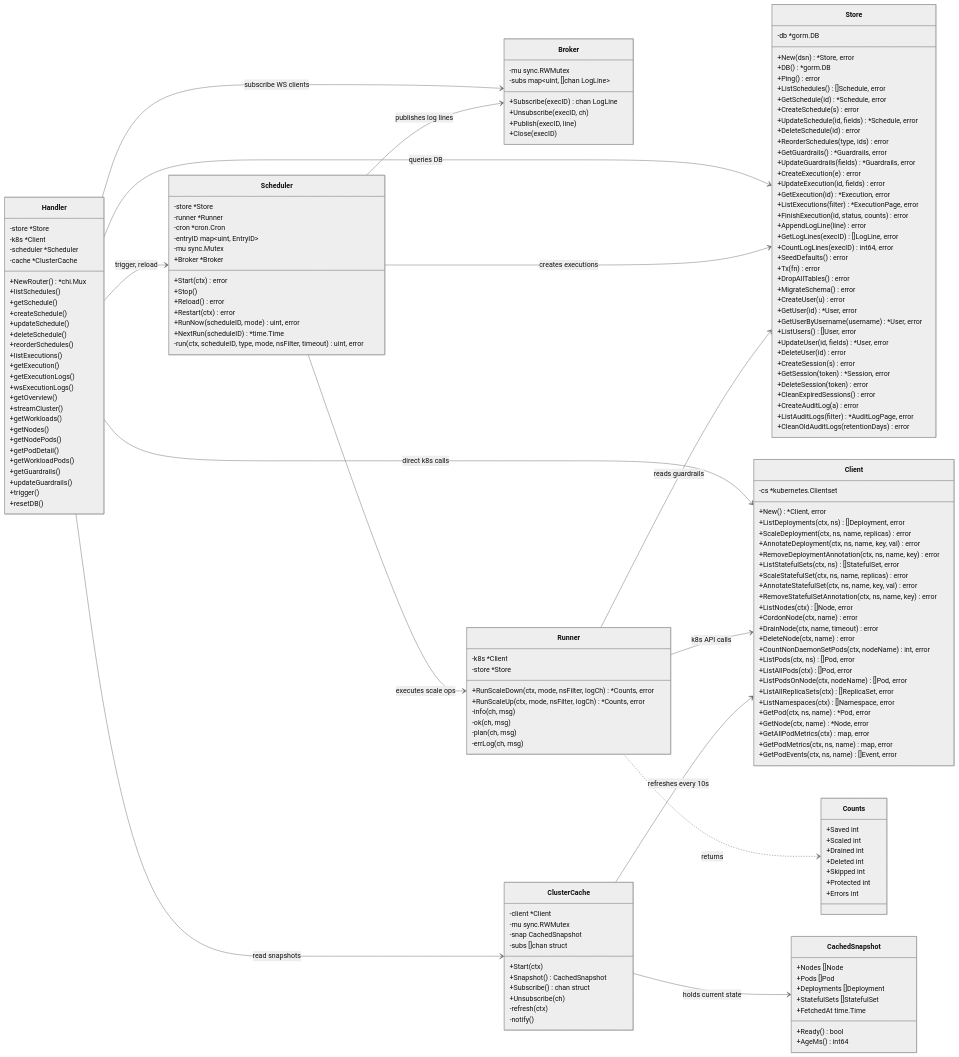
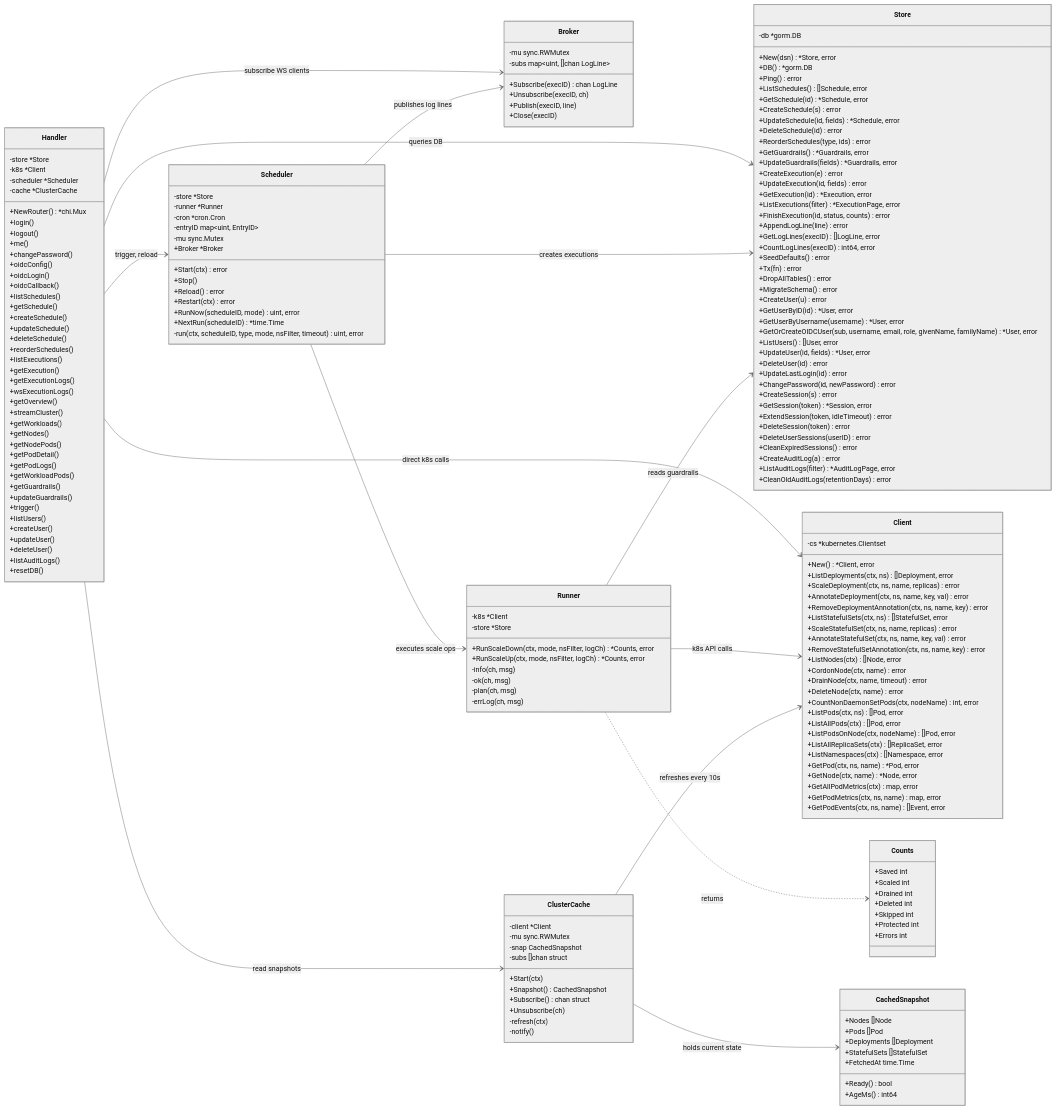
Before and after one commit to MacXsimilian/kube-phoenix: the second of 9 diagrams in ARCHITECTURE.md, drawn with Mermaid (neutral theme). The commit also changed other lines of this file and 5 other files, not shown here.

```diff
--- a/ARCHITECTURE.md
+++ b/ARCHITECTURE.md
@@ -1208,6 +1216,13 @@
         -scheduler *Scheduler
         -cache *ClusterCache
         +NewRouter() *chi.Mux
+        +login()
+        +logout()
+        +me()
+        +changePassword()
+        +oidcConfig()
+        +oidcLogin()
+        +oidcCallback()
         +listSchedules()
         +getSchedule()
         +createSchedule()
@@ -1224,10 +1239,16 @@
         +getNodes()
         +getNodePods()
         +getPodDetail()
+        +getPodLogs()
         +getWorkloadPods()
         +getGuardrails()
         +updateGuardrails()
         +trigger()
+        +listUsers()
+        +createUser()
+        +updateUser()
+        +deleteUser()
+        +listAuditLogs()
         +resetDB()
     }
 
@@ -1293,14 +1314,19 @@
         +DropAllTables() error
         +MigrateSchema() error
         +CreateUser(u) error
-        +GetUser(id) *User, error
+        +GetUserByID(id) *User, error
         +GetUserByUsername(username) *User, error
+        +GetOrCreateOIDCUser(sub, username, email, role, givenName, familyName) *User, error
         +ListUsers() []User, error
         +UpdateUser(id, fields) *User, error
         +DeleteUser(id) error
+        +UpdateLastLogin(id) error
+        +ChangePassword(id, newPassword) error
         +CreateSession(s) error
         +GetSession(token) *Session, error
+        +ExtendSession(token, idleTimeout) error
         +DeleteSession(token) error
+        +DeleteUserSessions(userID) error
         +CleanExpiredSessions() error
         +CreateAuditLog(a) error
         +ListAuditLogs(filter) *AuditLogPage, error
```
